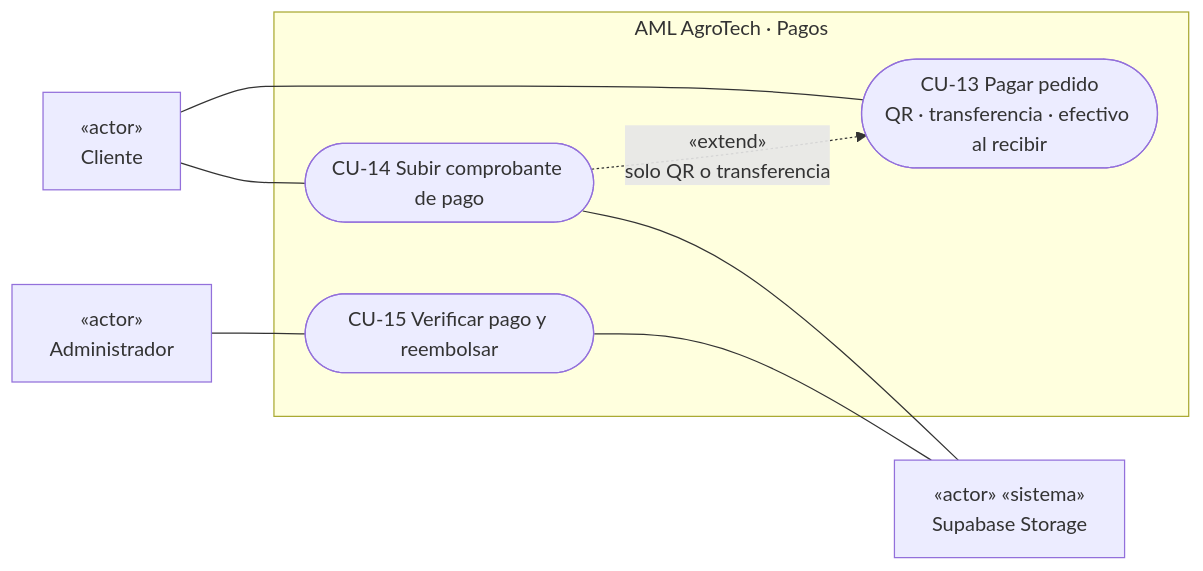
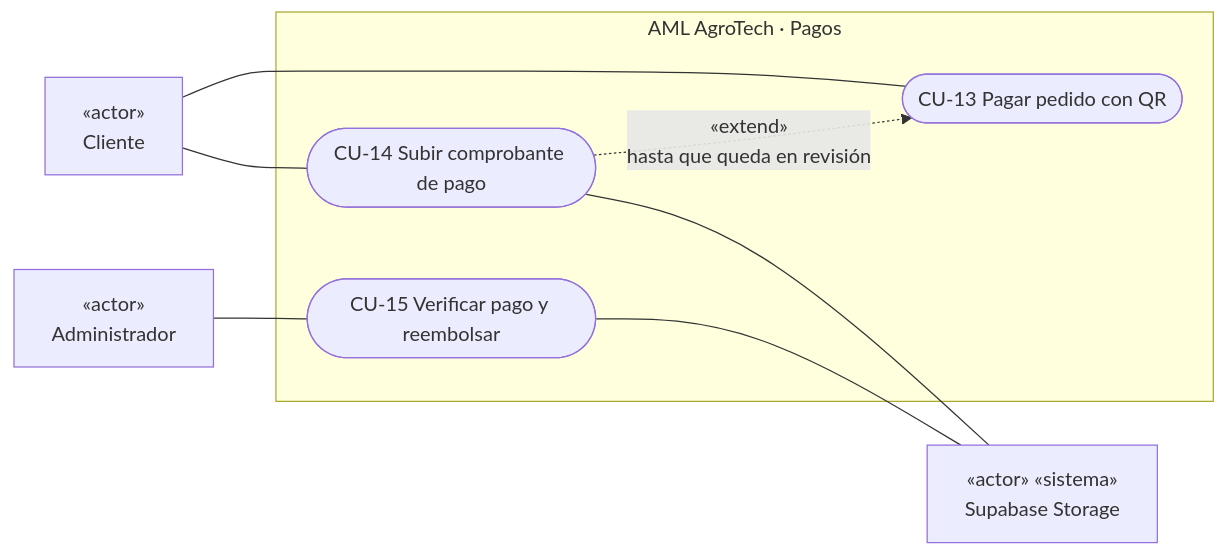
One commit to Almartinezlima/AML-AgroTech changed the fourth of 9 diagrams in docs/uml/casos-de-uso.md. Above: the diagram before and after it, drawn with Mermaid. The commit also changed other lines of this file and 21 other files, not shown here.

Commit message:
docs(entrega): flujo final 9F en specs (pagos solo QR, preparación del admin, entrega, reparto externo y Telegram), casos de uso, UML, OpenAPI, arquitectura, estado y pruebas

````diff
--- a/docs/uml/casos-de-uso.md
+++ b/docs/uml/casos-de-uso.md
@@ -106,17 +104,17 @@
 ```mermaid
 flowchart LR
   C["«actor»<br/>Cliente"]
   A["«actor»<br/>Administrador"]
   S["«actor» «sistema»<br/>Supabase Storage"]
   subgraph PAG["AML AgroTech · Pagos"]
-    CU13(["CU-13 Pagar pedido<br/>QR · transferencia · efectivo al recibir"])
+    CU13(["CU-13 Pagar pedido con QR"])
     CU14(["CU-14 Subir comprobante de pago"])
     CU15(["CU-15 Verificar pago y reembolsar"])
   end
   C --- CU13
   C --- CU14
   A --- CU15
-  CU14 -.->|«extend»<br/>solo QR o transferencia| CU13
+  CU14 -.->|«extend»<br/>hasta que queda en revisión| CU13
   CU14 --- S
   CU15 --- S
 ```
````
